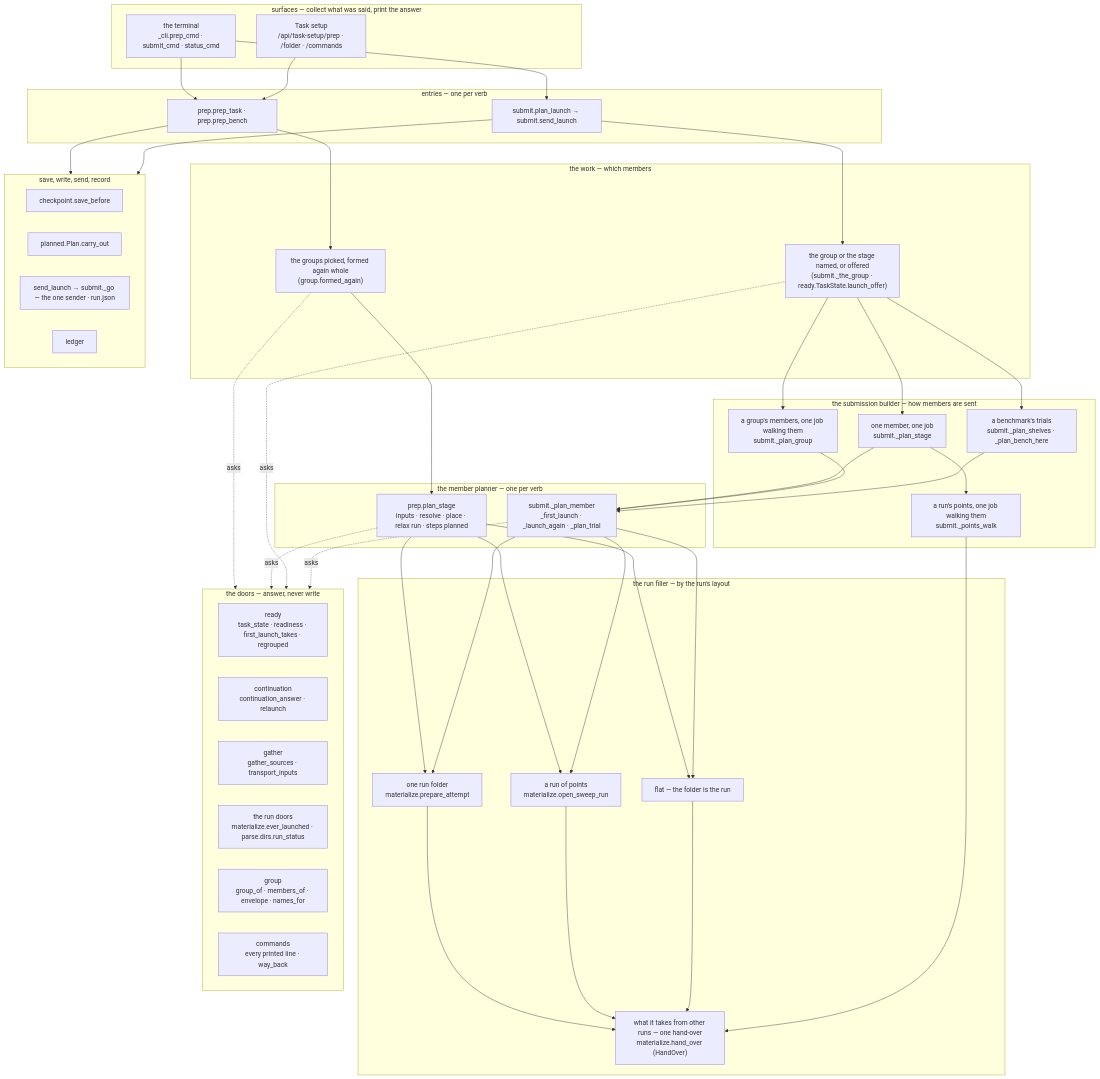
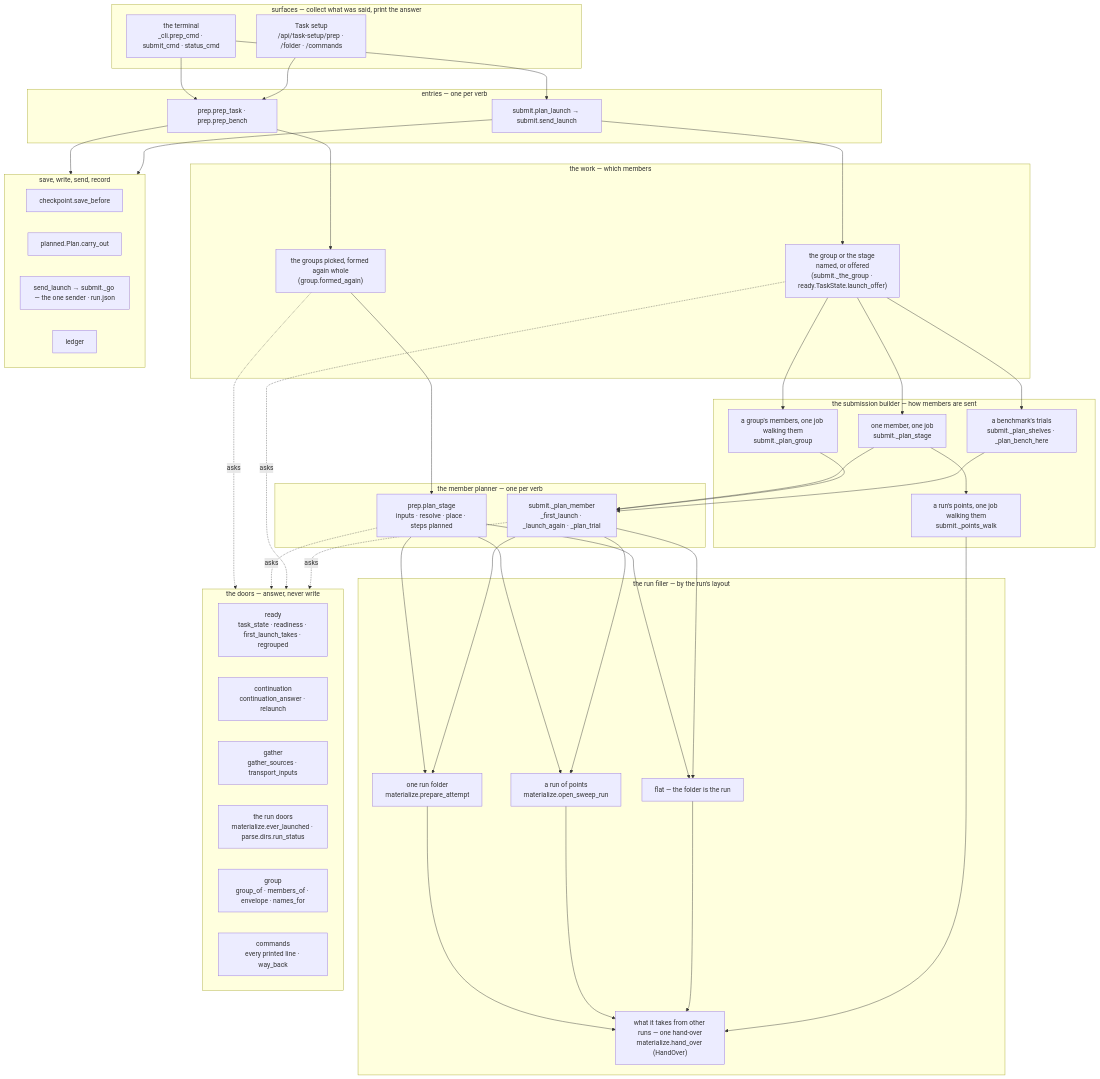
Diagram 17 of 19 in docs/execution/job-system.md (Qing-LAB/molbuilder), drawn with Mermaid before and after one commit. The commit also changed other lines of this file and 114 other files, not shown here.

````diff
--- a/docs/execution/job-system.md
+++ b/docs/execution/job-system.md
@@ -3326,59 +3315,59 @@
 ```mermaid
 flowchart TB
     subgraph S["surfaces — collect what was said, print the answer"]
         CLI["the terminal<br/>_cli.prep_cmd · submit_cmd · status_cmd"]
         WEB["Task setup<br/>/api/task-setup/prep · /folder · /commands"]
     end
     subgraph E["entries — one per verb"]
         PE["prep.prep_task · prep.prep_bench"]
         LE["submit.plan_launch → submit.send_launch"]
     end
     subgraph W["the work — which members"]
         PW["the groups picked, formed again whole<br/>(group.formed_again)"]
         LW["the group or the stage named, or offered<br/>(submit._the_group · ready.TaskState.launch_offer)"]
     end
     subgraph M["the member planner — one per verb"]
-        PM["prep.plan_stage<br/>inputs · resolve · place · relax run · steps planned"]
+        PM["prep.plan_stage<br/>inputs · resolve · place · steps planned"]
         LM["submit._plan_member<br/>_first_launch · _launch_again · _plan_trial"]
     end
     subgraph F["the run filler — by the run's layout"]
         F1["one run folder<br/>materialize.prepare_attempt"]
         F2["a run of points<br/>materialize.open_sweep_run"]
         F0["flat — the folder is the run"]
         F3["what it takes from other runs — one hand-over<br/>materialize.hand_over (HandOver)"]
     end
     subgraph B["the submission builder — how members are sent"]
         B1["one member, one job<br/>submit._plan_stage"]
         B2["a group's members, one job walking them<br/>submit._plan_group"]
         B3["a run's points, one job walking them<br/>submit._points_walk"]
         B4["a benchmark's trials<br/>submit._plan_shelves · _plan_bench_here"]
     end
     subgraph X["save, write, send, record"]
         SV["checkpoint.save_before"]
         PL["planned.Plan.carry_out"]
         GO["send_launch → submit._go — the one sender · run.json"]
         LG["ledger"]
     end
     subgraph D["the doors — answer, never write"]
         RD["ready<br/>task_state · readiness · first_launch_takes · regrouped"]
         CD["continuation<br/>continuation_answer · relaunch"]
         GD["gather<br/>gather_sources · transport_inputs"]
         RU["the run doors<br/>materialize.ever_launched · parse.dirs.run_status"]
         GR["group<br/>group_of · members_of · envelope · names_for"]
         CM["commands<br/>every printed line · way_back"]
     end
     CLI --> PE & LE
     WEB --> PE
     PE --> PW --> PM --> F1 & F2 & F0
     LE --> LW --> B1 & B2 & B4
     B1 & B2 & B4 --> LM --> F1 & F2 & F0
     F1 & F2 & F0 --> F3
     B1 --> B3
     B3 --> F3
     PE --> X
     LE --> X
     PW -.asks.-> D
     PM -.asks.-> D
     LW -.asks.-> D
     LM -.asks.-> D
 ```
````
